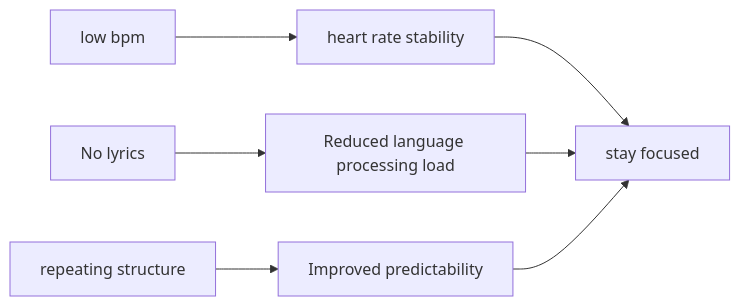
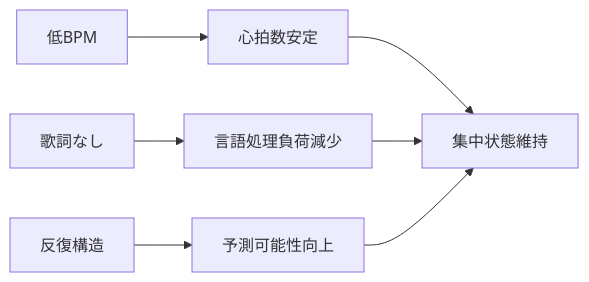
One commit to monumental-movement/monumental-movement.github.io changed the second of 3 diagrams in en/_posts/2026-03-01-column-lofi-hiphop-study-youtube.md. Above: the diagram before and after it, drawn with Mermaid. The commit also changed other lines of this file and 2196 other files, not shown here.

```diff
--- a/en/_posts/2026-03-01-column-lofi-hiphop-study-youtube.md
+++ b/en/_posts/2026-03-01-column-lofi-hiphop-study-youtube.md
@@ -110,9 +110,9 @@
 <div class="mermaid">
 flowchart LR
-    A[low bpm] --> B[heart rate stability]
-    C[No lyrics] --> D[Reduced language processing load]
-    E[repeating structure] --> F[Improved predictability]
-    B --> G[stay focused]
+    A[低BPM] --> B[心拍数安定]
+    C[歌詞なし] --> D[言語処理負荷減少]
+    E[反復構造] --> F[予測可能性向上]
+    B --> G[集中状態維持]
     D --> G
     F --> G
 </div>
```
